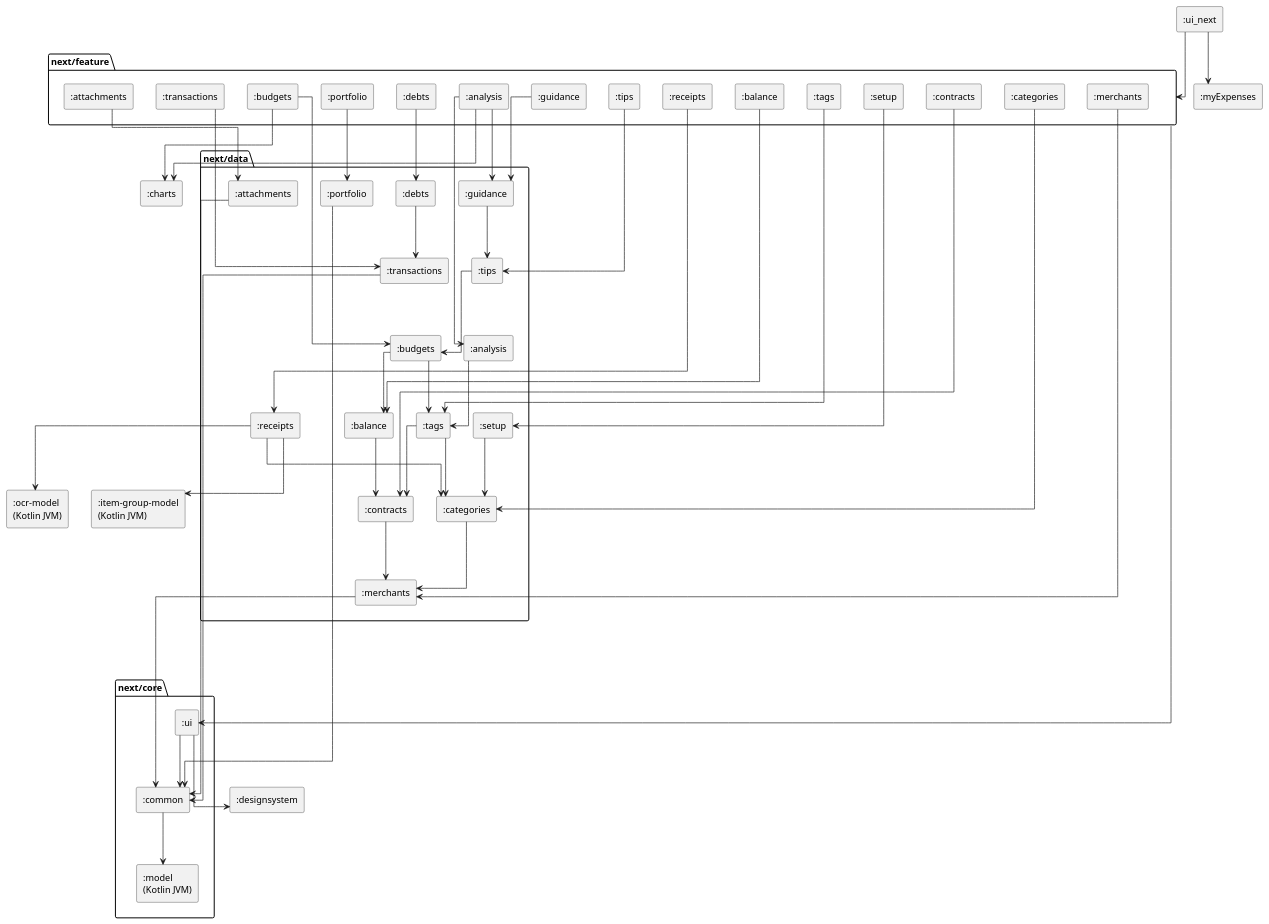
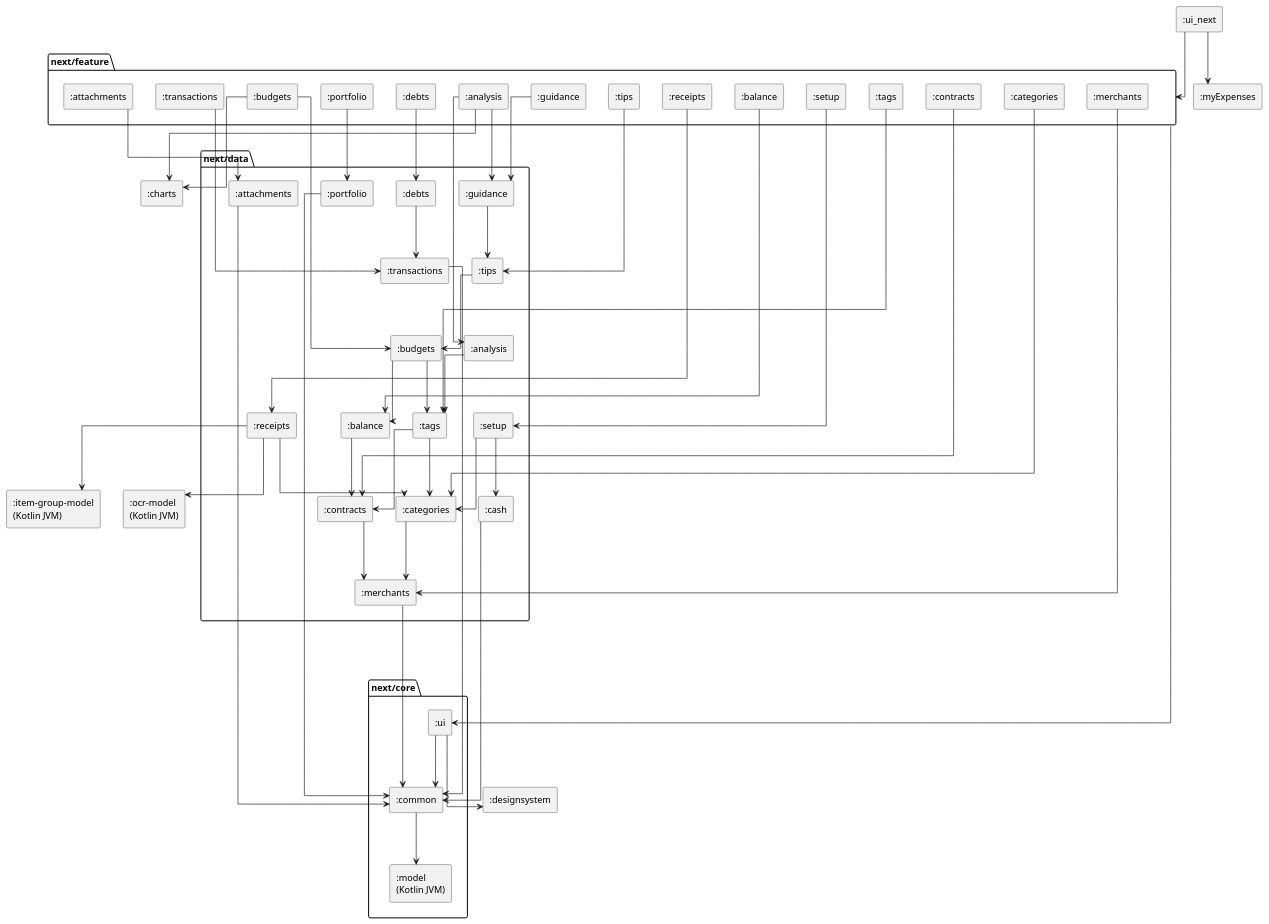
Before and after one commit to castn/MyExpenses: the diagram in ui_next/modules.puml, drawn with PlantUML. The commit also changed 8 other files, not shown here.

First line of the commit message:
Let the setup keep cash as spending or in a cash account

```diff
--- a/ui_next/modules.puml
+++ b/ui_next/modules.puml
@@ -1,107 +1,110 @@
 @startuml modules
 ' Generated by the task moduleGraph of build-logic (ModuleGraphPlugin), do not edit.
 ' Dependencies between the modules of the new UI, rule `mod-diagram` of ARCHITECTURE.md.
 ' An edge that follows from a longer path is left out.
 ' An edge from or to a package stands for an edge from or to every module in it.
 skinparam componentStyle rectangle
 skinparam linetype ortho
 skinparam ranksep 80
 top to bottom direction
 
 [:charts] as mCharts
 [:designsystem] as mDesignsystem
 [:item-group-model\n(Kotlin JVM)] as mItemGroupModel
 [:myExpenses] as mMyExpenses
 [:ocr-model\n(Kotlin JVM)] as mOcrModel
 [:ui_next] as mUiNext
 
 package "next/core" as pNextCore {
     [:common] as mNextCoreCommon
     [:model\n(Kotlin JVM)] as mNextCoreModel
     [:ui] as mNextCoreUi
 }
 
 package "next/data" as pNextData {
     [:analysis] as mNextDataAnalysis
     [:attachments] as mNextDataAttachments
     [:balance] as mNextDataBalance
     [:budgets] as mNextDataBudgets
+    [:cash] as mNextDataCash
     [:categories] as mNextDataCategories
     [:contracts] as mNextDataContracts
     [:debts] as mNextDataDebts
     [:guidance] as mNextDataGuidance
     [:merchants] as mNextDataMerchants
     [:portfolio] as mNextDataPortfolio
     [:receipts] as mNextDataReceipts
     [:setup] as mNextDataSetup
     [:tags] as mNextDataTags
     [:tips] as mNextDataTips
     [:transactions] as mNextDataTransactions
 }
 
 package "next/feature" as pNextFeature {
     [:analysis] as mNextFeatureAnalysis
     [:attachments] as mNextFeatureAttachments
     [:balance] as mNextFeatureBalance
     [:budgets] as mNextFeatureBudgets
     [:categories] as mNextFeatureCategories
     [:contracts] as mNextFeatureContracts
     [:debts] as mNextFeatureDebts
     [:guidance] as mNextFeatureGuidance
     [:merchants] as mNextFeatureMerchants
     [:portfolio] as mNextFeaturePortfolio
     [:receipts] as mNextFeatureReceipts
     [:setup] as mNextFeatureSetup
     [:tags] as mNextFeatureTags
     [:tips] as mNextFeatureTips
     [:transactions] as mNextFeatureTransactions
 }
 
 ' Layout only
 mNextDataMerchants -[hidden]--> pNextCore
 mNextFeatureTransactions -[hidden]--> pNextData
 
 mUiNext --> pNextFeature
 pNextFeature --> mNextCoreUi
 mNextCoreCommon --> mNextCoreModel
 mNextCoreUi --> mDesignsystem
 mNextCoreUi --> mNextCoreCommon
 mNextDataAnalysis --> mNextDataTags
 mNextDataAttachments --> mNextCoreCommon
 mNextDataBalance --> mNextDataContracts
 mNextDataBudgets --> mNextDataBalance
 mNextDataBudgets --> mNextDataTags
+mNextDataCash --> mNextCoreCommon
 mNextDataCategories --> mNextDataMerchants
 mNextDataContracts --> mNextDataMerchants
 mNextDataDebts --> mNextDataTransactions
 mNextDataGuidance --> mNextDataTips
 mNextDataMerchants --> mNextCoreCommon
 mNextDataPortfolio --> mNextCoreCommon
 mNextDataReceipts --> mItemGroupModel
 mNextDataReceipts --> mNextDataCategories
 mNextDataReceipts --> mOcrModel
+mNextDataSetup --> mNextDataCash
 mNextDataSetup --> mNextDataCategories
 mNextDataTags --> mNextDataCategories
 mNextDataTags --> mNextDataContracts
 mNextDataTips --> mNextDataBudgets
 mNextDataTransactions --> mNextCoreCommon
 mNextFeatureAnalysis --> mCharts
 mNextFeatureAnalysis --> mNextDataAnalysis
 mNextFeatureAnalysis --> mNextDataGuidance
 mNextFeatureAttachments --> mNextDataAttachments
 mNextFeatureBalance --> mNextDataBalance
 mNextFeatureBudgets --> mCharts
 mNextFeatureBudgets --> mNextDataBudgets
 mNextFeatureCategories --> mNextDataCategories
 mNextFeatureContracts --> mNextDataContracts
 mNextFeatureDebts --> mNextDataDebts
 mNextFeatureGuidance --> mNextDataGuidance
 mNextFeatureMerchants --> mNextDataMerchants
 mNextFeaturePortfolio --> mNextDataPortfolio
 mNextFeatureReceipts --> mNextDataReceipts
 mNextFeatureSetup --> mNextDataSetup
 mNextFeatureTags --> mNextDataTags
 mNextFeatureTips --> mNextDataTips
 mNextFeatureTransactions --> mNextDataTransactions
 mUiNext --> mMyExpenses
 @enduml
```
